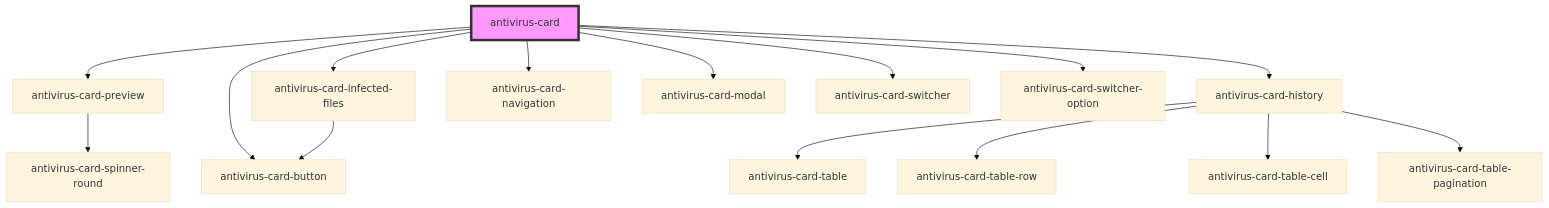
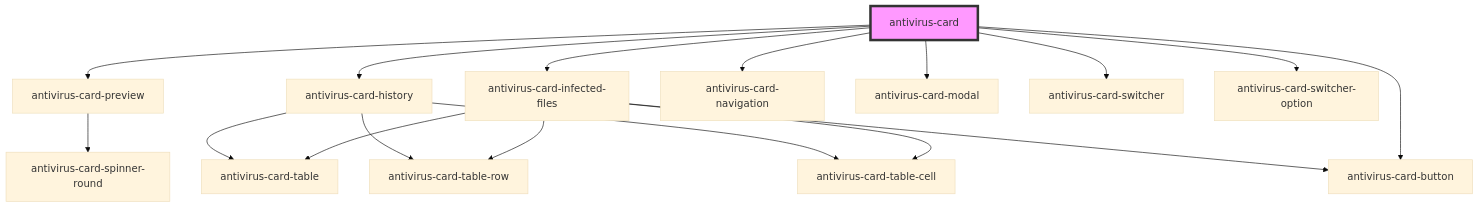
The diagram in packages/antivirus-card/src/components/readme.md (ispsystem/plugin-imunify), drawn with Mermaid (base theme) before and after one commit. The commit also changed 9 other files, not shown here.

````diff
--- a/packages/antivirus-card/src/components/readme.md
+++ b/packages/antivirus-card/src/components/readme.md
@@ -22,18 +22,20 @@
 ```mermaid
 graph TD;
   antivirus-card --> antivirus-card-preview
   antivirus-card --> antivirus-card-infected-files
   antivirus-card --> antivirus-card-history
   antivirus-card --> antivirus-card-navigation
   antivirus-card --> antivirus-card-modal
   antivirus-card --> antivirus-card-switcher
   antivirus-card --> antivirus-card-switcher-option
   antivirus-card --> antivirus-card-button
   antivirus-card-preview --> antivirus-card-spinner-round
+  antivirus-card-infected-files --> antivirus-card-table
+  antivirus-card-infected-files --> antivirus-card-table-row
+  antivirus-card-infected-files --> antivirus-card-table-cell
   antivirus-card-infected-files --> antivirus-card-button
   antivirus-card-history --> antivirus-card-table
   antivirus-card-history --> antivirus-card-table-row
   antivirus-card-history --> antivirus-card-table-cell
-  antivirus-card-history --> antivirus-card-table-pagination
   style antivirus-card fill:#f9f,stroke:#333,stroke-width:4px
 ```
````
